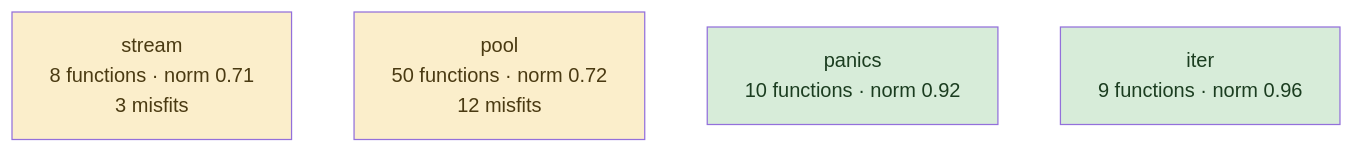
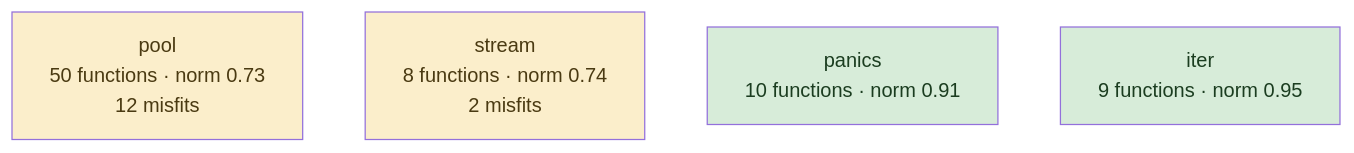
Before and after one commit to LukasSelin/doppel: the second of 3 diagrams in examples/conc.md, drawn with Mermaid. The commit also changed other lines of this file and 15 other files, not shown here.

````diff
--- a/examples/conc.md
+++ b/examples/conc.md
@@ -113,12 +106,12 @@
 ```mermaid
 flowchart TD
-    h0["stream<br/>8 functions · norm 0.71<br/>3 misfits"]
-    h1["pool<br/>50 functions · norm 0.72<br/>12 misfits"]
-    h2["panics<br/>10 functions · norm 0.92"]
-    h3["iter<br/>9 functions · norm 0.96"]
+    h0["pool<br/>50 functions · norm 0.73<br/>12 misfits"]
+    h1["stream<br/>8 functions · norm 0.74<br/>2 misfits"]
+    h2["panics<br/>10 functions · norm 0.91"]
+    h3["iter<br/>9 functions · norm 0.95"]
     classDef good fill:#d7ecd9,color:#1b3d20
     classDef warn fill:#fbeecb,color:#4a3a12
     classDef hot fill:#f7d6d6,color:#4a1c1c
     class h2,h3 good
     class h0,h1 warn
 ```
````
